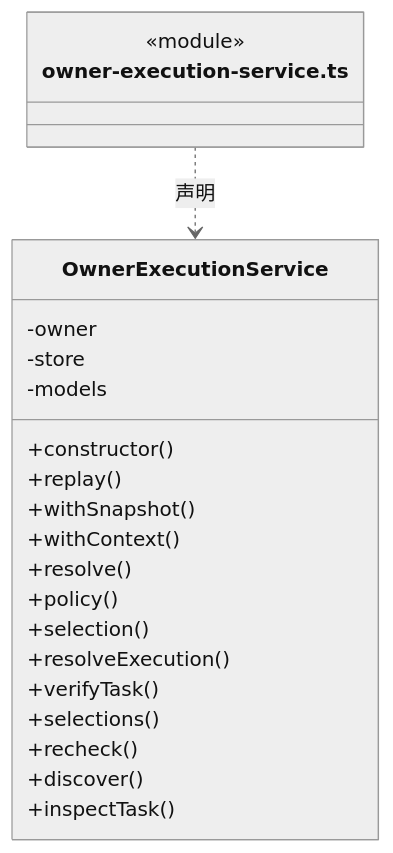
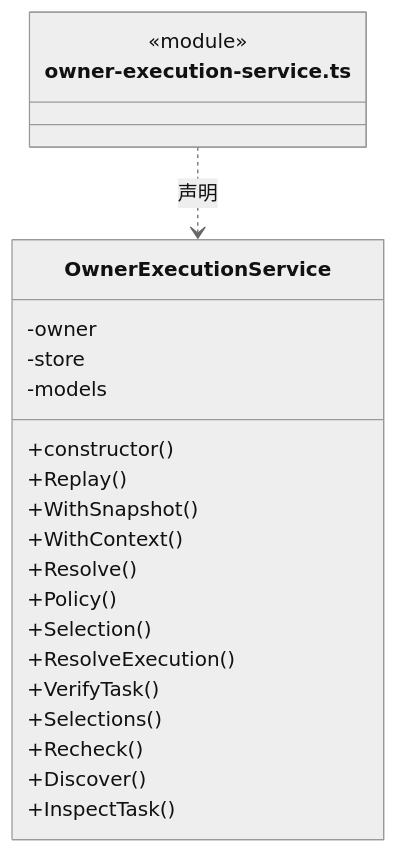
One commit to nan023062/cbim changed diagram 13 of 15 in src/logic/dispatch/runtime/ARCHITECTURE.md. Above: the diagram before and after it, drawn with Mermaid (neutral theme). The commit also changed other lines of this file and 1035 other files, not shown here.

````diff
--- a/src/logic/dispatch/runtime/ARCHITECTURE.md
+++ b/src/logic/dispatch/runtime/ARCHITECTURE.md
@@ -369,25 +369,25 @@
 ```mermaid
 classDiagram
 class N_src_logic_dispatch_runtime_owner_execution_service_ts["owner-execution-service.ts"] {
   <<module>>
 }
 class N_src_logic_dispatch_runtime_owner_execution_service_ts_OwnerExecutionService["OwnerExecutionService"] {
   +constructor()
-  +replay()
-  +withSnapshot()
-  +withContext()
-  +resolve()
-  +policy()
-  +selection()
-  +resolveExecution()
-  +verifyTask()
-  +selections()
-  +recheck()
-  +discover()
-  +inspectTask()
+  +Replay()
+  +WithSnapshot()
+  +WithContext()
+  +Resolve()
+  +Policy()
+  +Selection()
+  +ResolveExecution()
+  +VerifyTask()
+  +Selections()
+  +Recheck()
+  +Discover()
+  +InspectTask()
   -owner
   -store
   -models
 }
 N_src_logic_dispatch_runtime_owner_execution_service_ts ..> N_src_logic_dispatch_runtime_owner_execution_service_ts_OwnerExecutionService : 声明
 ```
````
